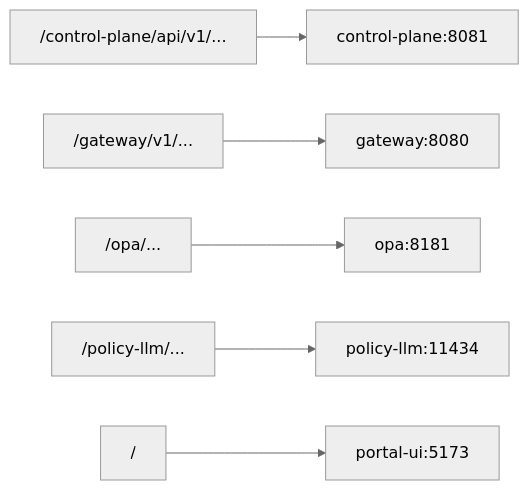
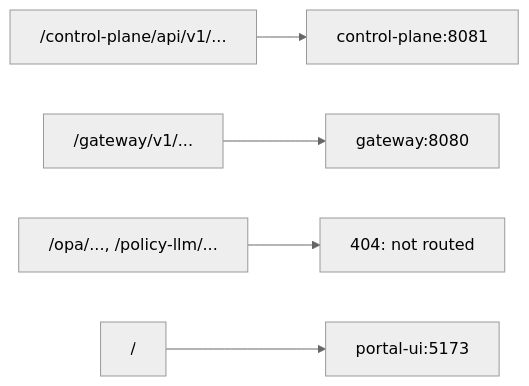
One commit to shushruth21/SUEZ-AI changed the third of 10 diagrams in docs/gateway-architecture.md. Above: the diagram before and after it, drawn with Mermaid (neutral theme). The commit also changed other lines of this file and 27 other files, not shown here.

````diff
--- a/docs/gateway-architecture.md
+++ b/docs/gateway-architecture.md
@@ -128,8 +126,7 @@
 ```mermaid
 flowchart LR
     A["/control-plane/api/v1/..."] --> CP[control-plane:8081]
     B["/gateway/v1/..."] --> GW[gateway:8080]
-    C["/opa/..."] --> OPA[opa:8181]
-    D["/policy-llm/..."] --> PL[policy-llm:11434]
+    C["/opa/..., /policy-llm/..."] --> X[404: not routed]
     E["/"] --> Portal[portal-ui:5173]
 ```
````
